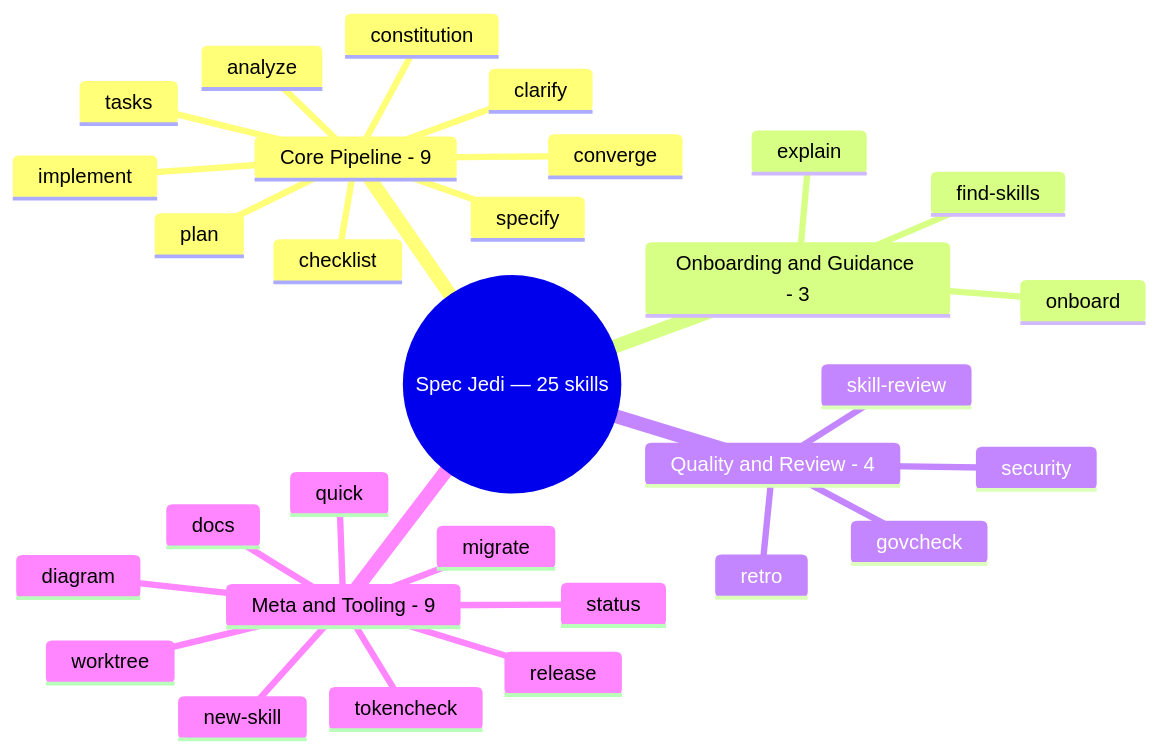
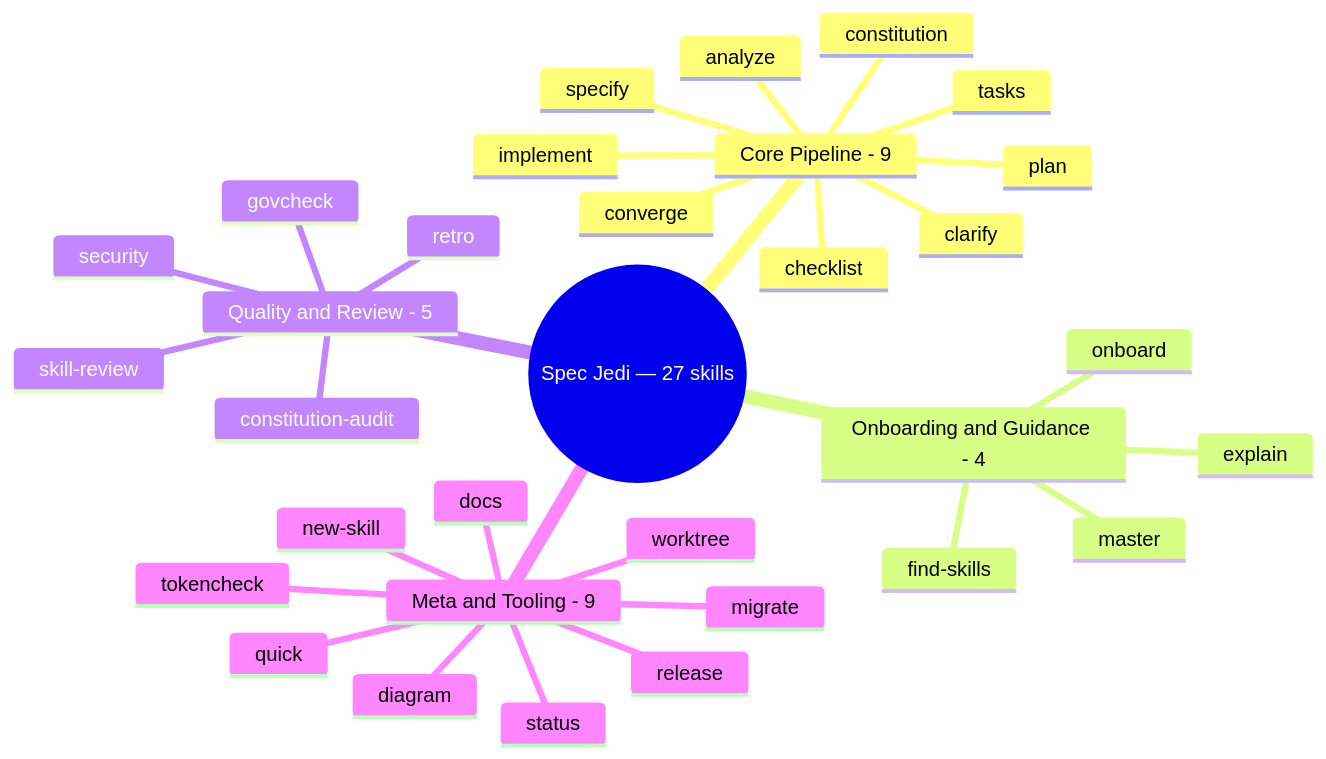
One commit to jonyfs/spec-jedi changed the first of 2 diagrams in references/quickstart-guide.md. Above: the diagram before and after it, drawn with Mermaid. The commit also changed other lines of this file and 5 other files, not shown here.

First line of the commit message:
docs: fix drift found by whole-project constitution audit (#138)

````diff
--- a/references/quickstart-guide.md
+++ b/references/quickstart-guide.md
@@ -16,33 +16,35 @@
 ```mermaid
 mindmap
-  root(("Spec Jedi — 25 skills"))
+  root(("Spec Jedi — 27 skills"))
     Core Pipeline - 9
       constitution
       specify
       clarify
       plan
       tasks
       implement
       analyze
       checklist
       converge
-    Onboarding and Guidance - 3
+    Onboarding and Guidance - 4
       onboard
       explain
       find-skills
-    Quality and Review - 4
+      master
+    Quality and Review - 5
       security
       skill-review
       govcheck
       retro
+      constitution-audit
     Meta and Tooling - 9
       quick
       diagram
       status
       docs
       migrate
       new-skill
       release
       tokencheck
       worktree
 ```
````
